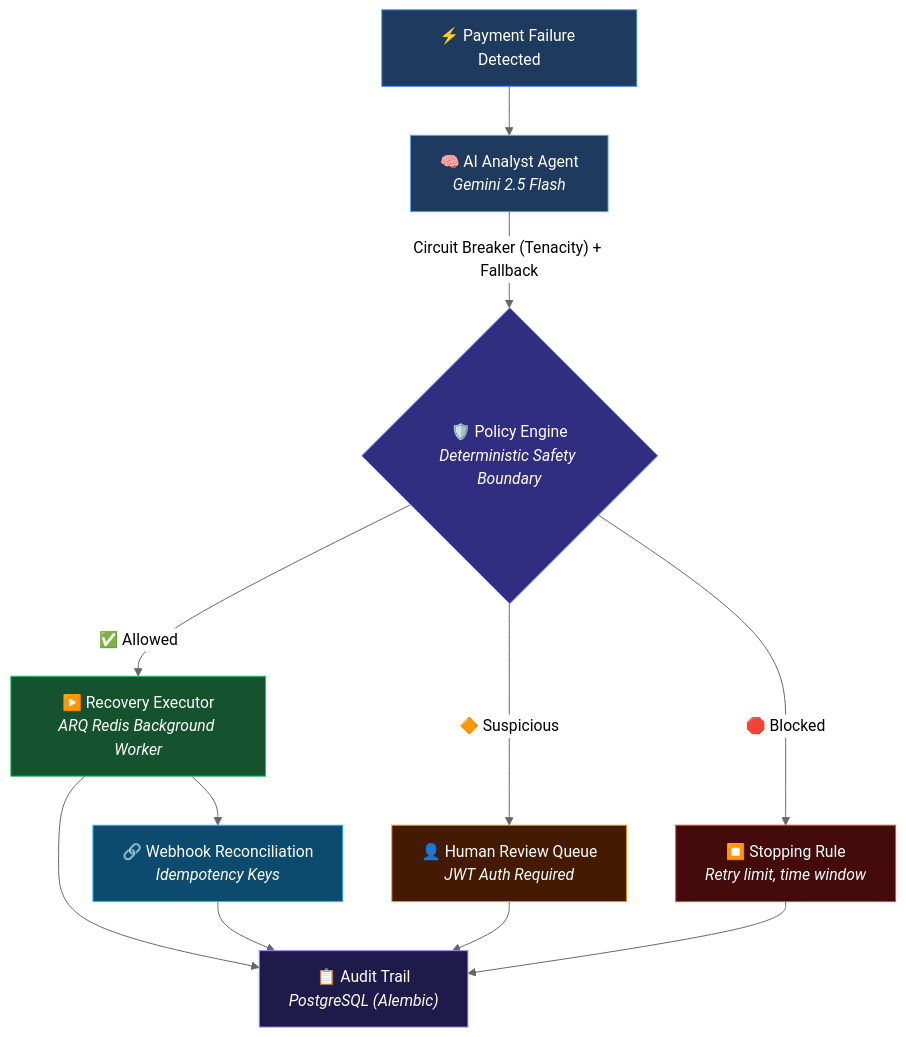
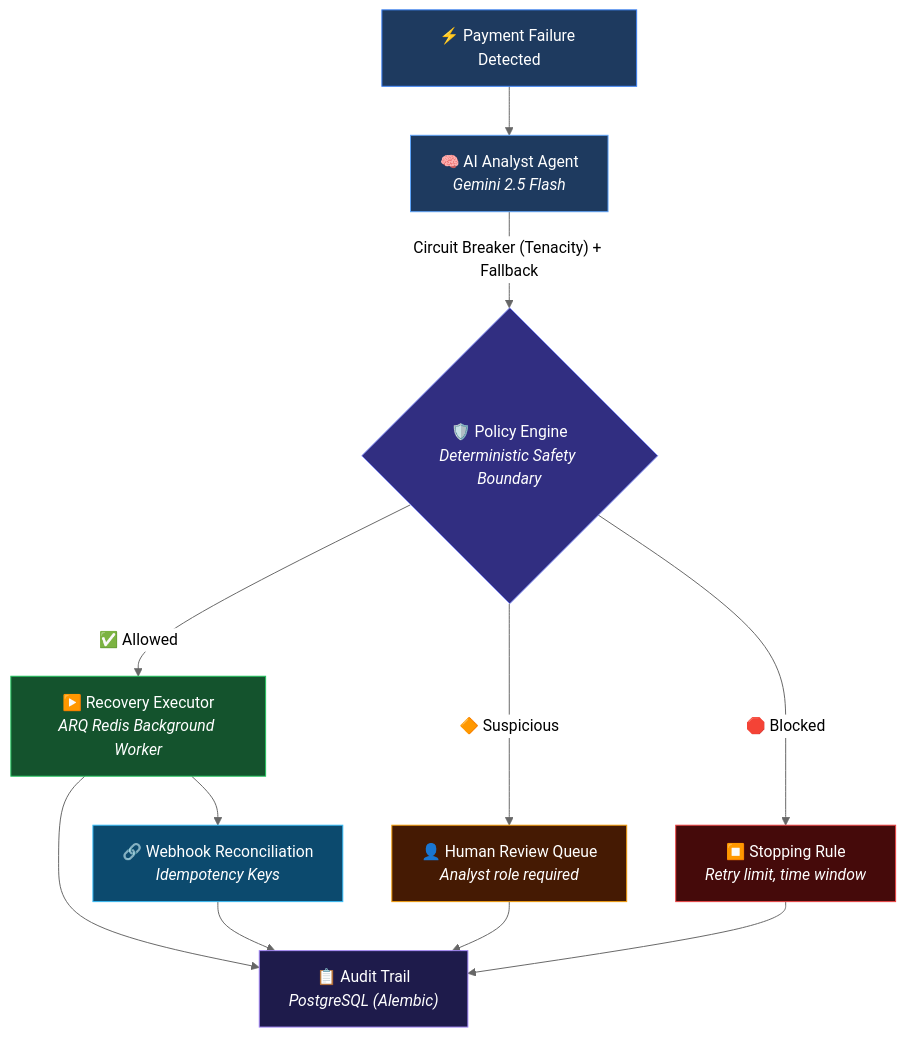
One commit to himanshusinghhls/razorpay-recovery-os changed the diagram in README.md. Above: the diagram before and after it, drawn with Mermaid (neutral theme). The commit also changed other lines of this file and 57 other files, not shown here.

````diff
--- a/README.md
+++ b/README.md
@@ -11,22 +11,22 @@
 ```mermaid
 flowchart TB
     A["⚡ Payment Failure Detected"] --> B["🧠 AI Analyst Agent<br/><i>Gemini 2.5 Flash</i>"]
     B -- "Circuit Breaker (Tenacity) + Fallback" --> C{"🛡️ Policy Engine<br/><i>Deterministic Safety Boundary</i>"}
     C -->|"✅ Allowed"| D["▶️ Recovery Executor<br/><i>ARQ Redis Background Worker</i>"]
-    C -->|"🔶 Suspicious"| E["👤 Human Review Queue<br/><i>JWT Auth Required</i>"]
+    C -->|"🔶 Suspicious"| E["👤 Human Review Queue<br/><i>Analyst role required</i>"]
     C -->|"🛑 Blocked"| F["⏹️ Stopping Rule<br/><i>Retry limit, time window</i>"]
     D --> G["📋 Audit Trail<br/><i>PostgreSQL (Alembic)</i>"]
     E --> G
     F --> G
     D --> H["🔗 Webhook Reconciliation<br/><i>Idempotency Keys</i>"]
     H --> G
 
     style A fill:#1e3a5f,stroke:#3b82f6,color:#fff
     style B fill:#1e3a5f,stroke:#60a5fa,color:#fff
     style C fill:#312e81,stroke:#818cf8,color:#fff
     style D fill:#14532d,stroke:#22c55e,color:#fff
     style E fill:#451a03,stroke:#f59e0b,color:#fff
     style F fill:#450a0a,stroke:#ef4444,color:#fff
     style G fill:#1e1b4b,stroke:#a78bfa,color:#fff
     style H fill:#0c4a6e,stroke:#38bdf8,color:#fff
 ```
````
